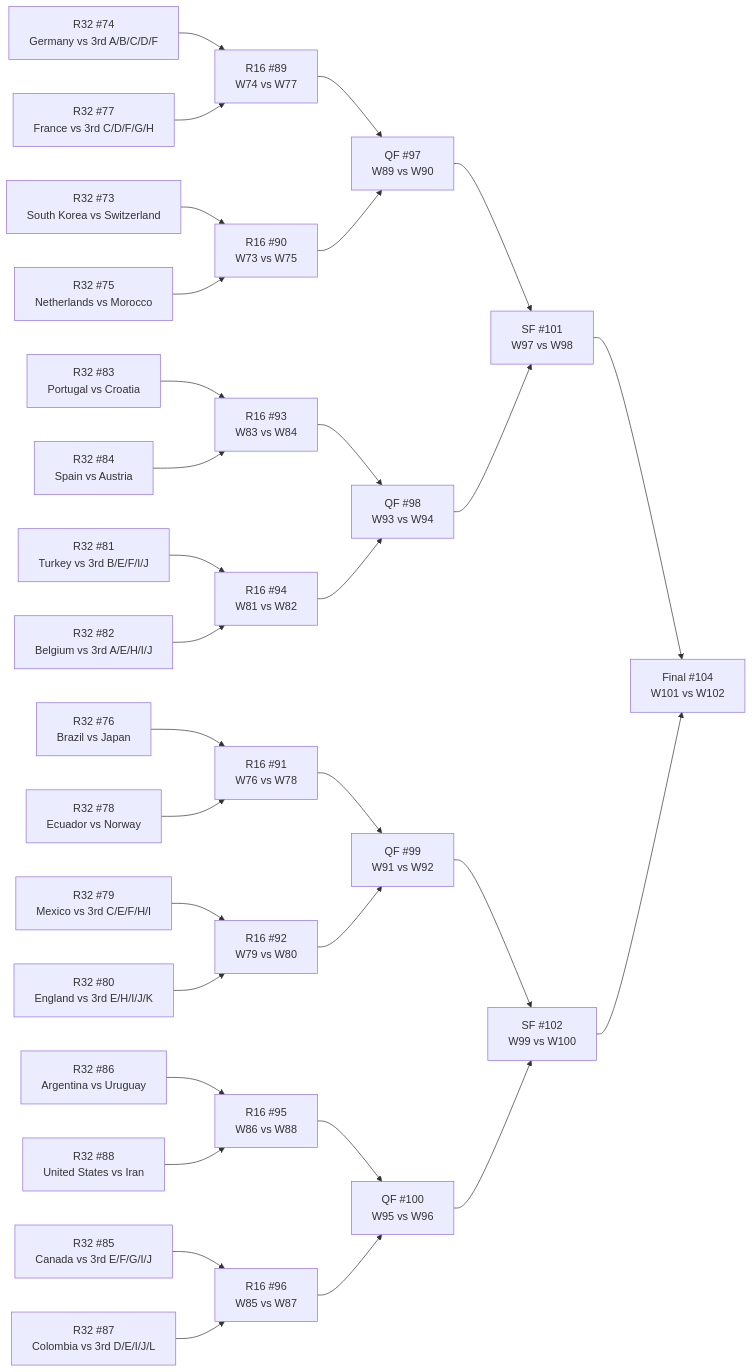
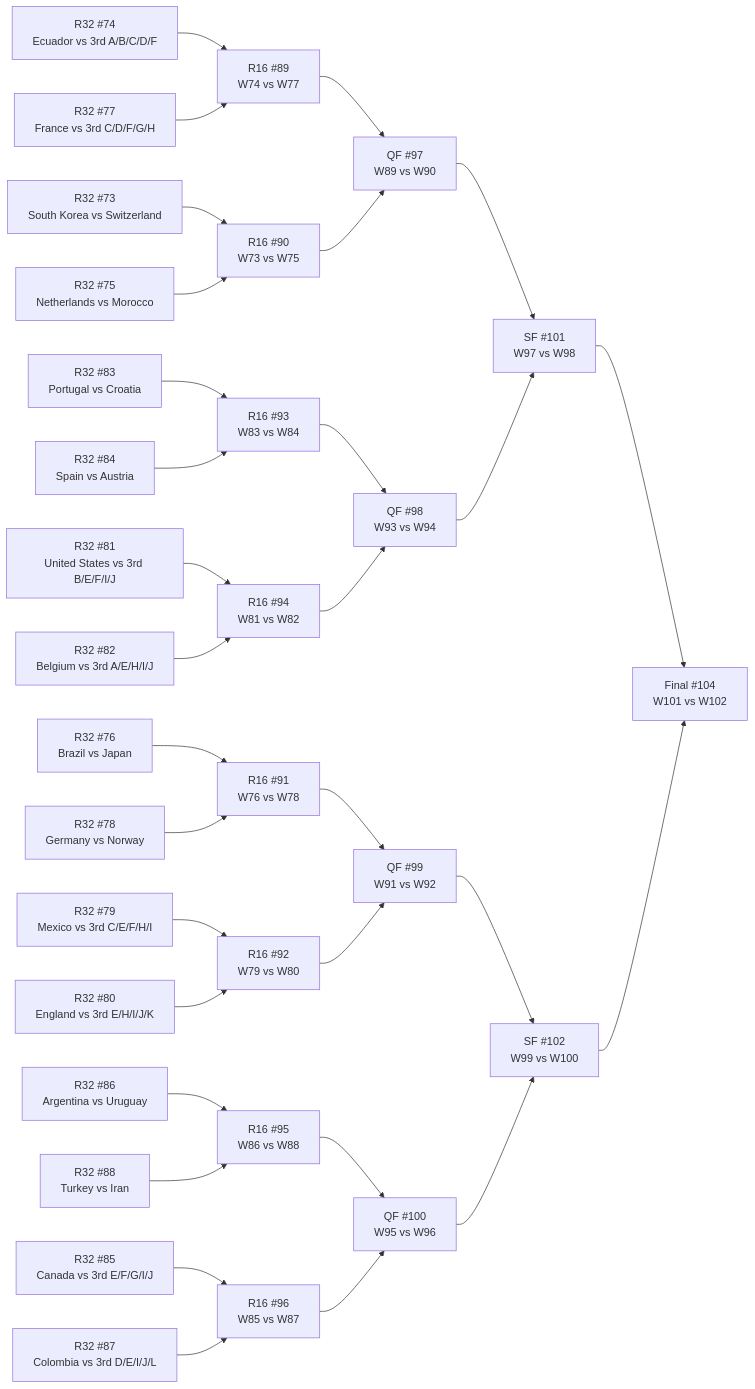
One commit to Tutai-Tran/WC-2026-predictor changed the diagram in WC vault/_bracket.md. Above: the diagram before and after it, drawn with Mermaid. The commit also changed 74 other files, not shown here.

````diff
--- a/WC vault/_bracket.md
+++ b/WC vault/_bracket.md
@@ -11,64 +11,64 @@
 ```mermaid
 flowchart LR
   M73["R32 #73<br>South Korea vs Switzerland"]
-  M74["R32 #74<br>Germany vs 3rd A/B/C/D/F"]
+  M74["R32 #74<br>Ecuador vs 3rd A/B/C/D/F"]
   M75["R32 #75<br>Netherlands vs Morocco"]
   M76["R32 #76<br>Brazil vs Japan"]
   M77["R32 #77<br>France vs 3rd C/D/F/G/H"]
-  M78["R32 #78<br>Ecuador vs Norway"]
+  M78["R32 #78<br>Germany vs Norway"]
   M79["R32 #79<br>Mexico vs 3rd C/E/F/H/I"]
   M80["R32 #80<br>England vs 3rd E/H/I/J/K"]
-  M81["R32 #81<br>Turkey vs 3rd B/E/F/I/J"]
+  M81["R32 #81<br>United States vs 3rd B/E/F/I/J"]
   M82["R32 #82<br>Belgium vs 3rd A/E/H/I/J"]
   M83["R32 #83<br>Portugal vs Croatia"]
   M84["R32 #84<br>Spain vs Austria"]
   M85["R32 #85<br>Canada vs 3rd E/F/G/I/J"]
   M86["R32 #86<br>Argentina vs Uruguay"]
   M87["R32 #87<br>Colombia vs 3rd D/E/I/J/L"]
-  M88["R32 #88<br>United States vs Iran"]
+  M88["R32 #88<br>Turkey vs Iran"]
   M89["R16 #89<br>W74 vs W77"]
   M90["R16 #90<br>W73 vs W75"]
   M91["R16 #91<br>W76 vs W78"]
   M92["R16 #92<br>W79 vs W80"]
   M93["R16 #93<br>W83 vs W84"]
   M94["R16 #94<br>W81 vs W82"]
   M95["R16 #95<br>W86 vs W88"]
   M96["R16 #96<br>W85 vs W87"]
   M97["QF #97<br>W89 vs W90"]
   M98["QF #98<br>W93 vs W94"]
   M99["QF #99<br>W91 vs W92"]
   M100["QF #100<br>W95 vs W96"]
   M101["SF #101<br>W97 vs W98"]
   M102["SF #102<br>W99 vs W100"]
   M104["Final #104<br>W101 vs W102"]
   M74 --> M89
   M77 --> M89
   M73 --> M90
   M75 --> M90
   M76 --> M91
   M78 --> M91
   M79 --> M92
   M80 --> M92
   M83 --> M93
   M84 --> M93
   M81 --> M94
   M82 --> M94
   M86 --> M95
   M88 --> M95
   M85 --> M96
   M87 --> M96
   M89 --> M97
   M90 --> M97
   M93 --> M98
   M94 --> M98
   M91 --> M99
   M92 --> M99
   M95 --> M100
   M96 --> M100
   M97 --> M101
   M98 --> M101
   M99 --> M102
   M100 --> M102
   M101 --> M104
   M102 --> M104
 ```
````
